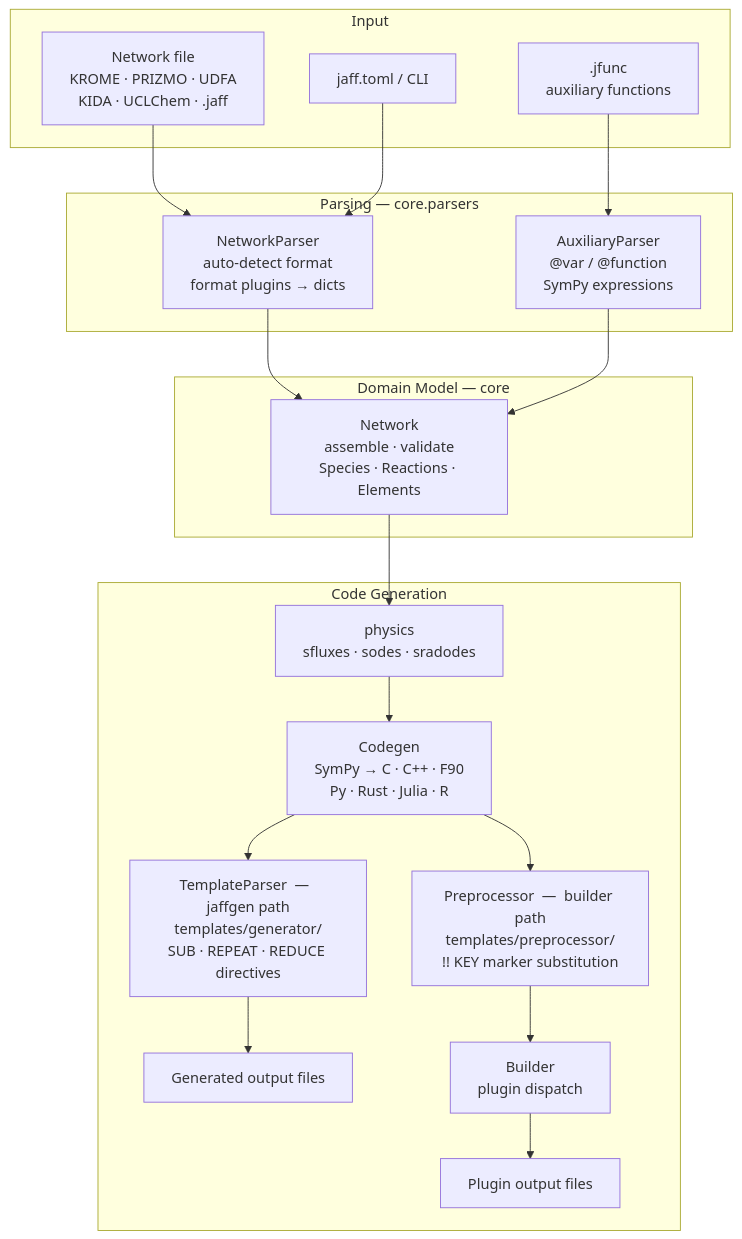
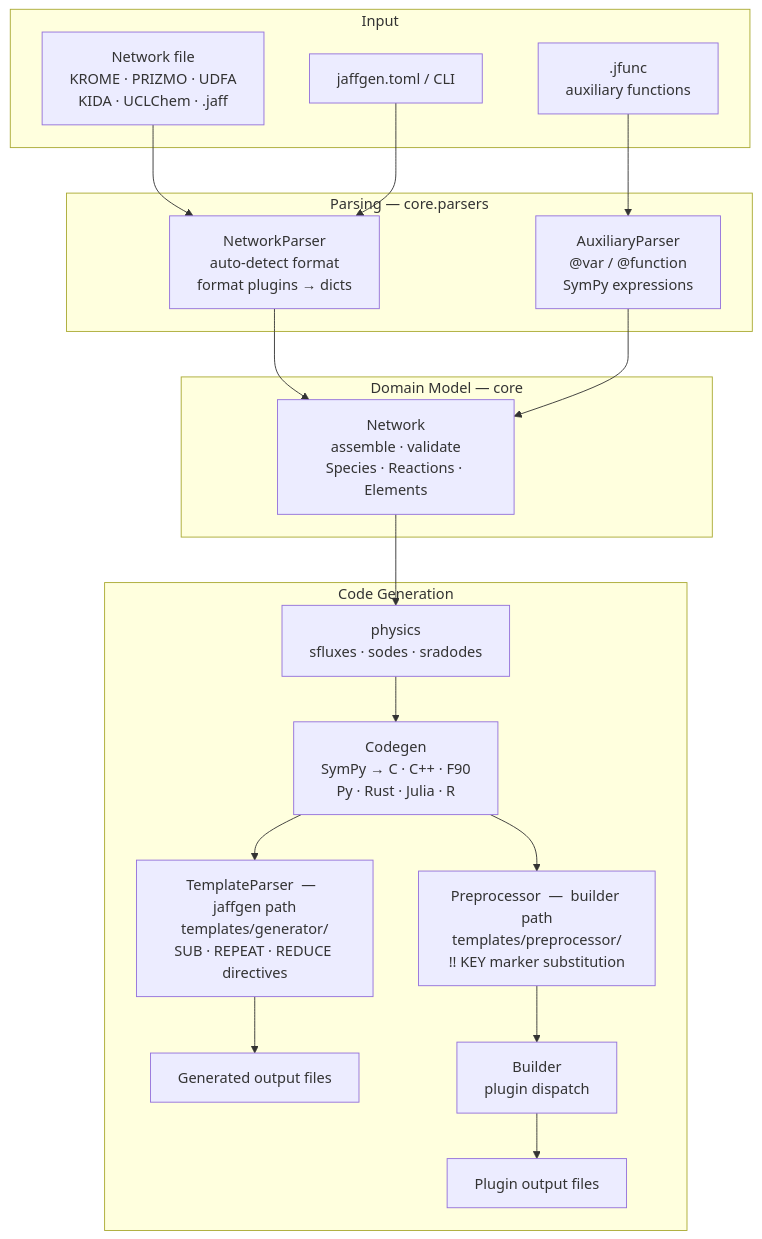
One commit to XRByte/jaff changed the diagram in docs/development/codebase-structure.md. Above: the diagram before and after it, drawn with Mermaid. The commit also changed other lines of this file and 10 other files, not shown here.

Commit message:
Changed jaff.toml to jaffgen.toml

````diff
--- a/docs/development/codebase-structure.md
+++ b/docs/development/codebase-structure.md
@@ -134,40 +134,40 @@
 ```mermaid
 %%{init: {"flowchart": {"useMaxWidth": false}}}%%
 flowchart TD
     subgraph input_sg ["Input"]
         NF["Network file\nKROME · PRIZMO · UDFA\nKIDA · UCLChem · .jaff"]
         JF[".jfunc\nauxiliary functions"]
-        CFG["jaff.toml / CLI"]
+        CFG["jaffgen.toml / CLI"]
     end
 
     subgraph parse_sg ["Parsing  —  core.parsers"]
         NE["NetworkParser\nauto-detect format\nformat plugins → dicts"]
         AE["AuxiliaryParser\n@var / @function\nSymPy expressions"]
     end
 
     subgraph model_sg ["Domain Model  —  core"]
         NET["Network\nassemble · validate\nSpecies · Reactions · Elements"]
     end
 
     subgraph codegen_sg ["Code Generation"]
         EQ["physics\nsfluxes · sodes · sradodes"]
         CG["Codegen\nSymPy → C · C++ · F90\nPy · Rust · Julia · R"]
         TP["TemplateParser  —  jaffgen path\ntemplates/generator/\nSUB · REPEAT · REDUCE directives"]
         OUT_G["Generated output files"]
         PP["Preprocessor  —  builder path\ntemplates/preprocessor/\n!! KEY marker substitution"]
         BL["Builder\nplugin dispatch"]
         OUT_B["Plugin output files"]
     end
 
     NF --> NE
     JF --> AE
     CFG --> NE
 
     NE --> NET
     AE --> NET
 
     NET --> EQ --> CG
 
     CG --> TP --> OUT_G
     CG --> PP --> BL --> OUT_B
 ```
````
